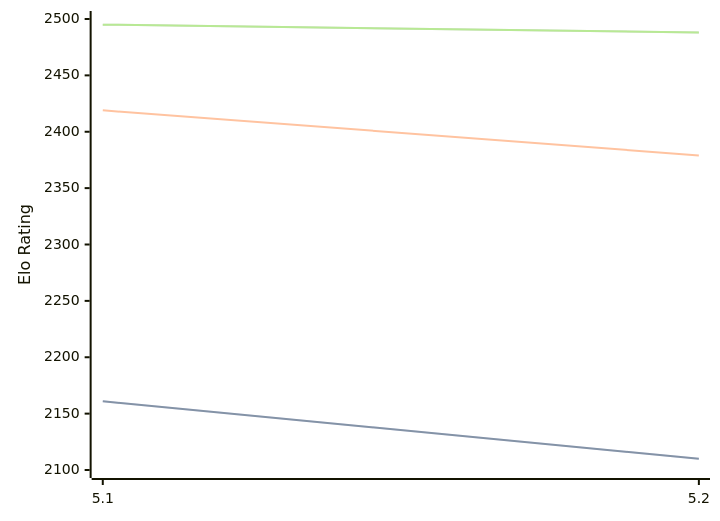
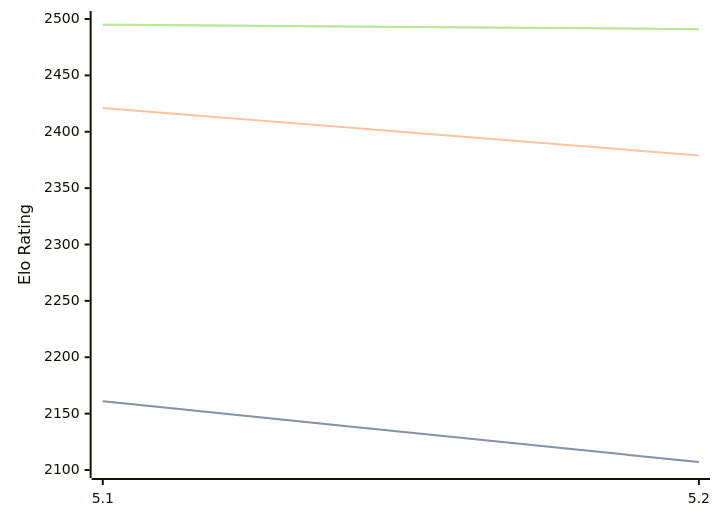
Before and after one commit to computer-chess-index/cci: the diagram in engines/Prophet.md, drawn with Mermaid. The commit also changed other lines of this file, not shown here.

Commit message:
Update CCI Ratings (ELO VLTC) - 2026-08-23

````diff
--- a/engines/Prophet.md
+++ b/engines/Prophet.md
@@ -32,11 +32,11 @@
 ```mermaid
 %%{init: {"theme":"base","themeVariables":{"seriesColors:['#a3a3a3','#222221','#faa371']}}}%%
 xychart-beta
   x-axis ["5.1", "5.2"]
   y-axis "Elo Rating" 2100 --> 2500
-  line "STC (8.0+0.08s)" [2161, 2110]
-  line "STC (8.0+0.08s)" [2161, 2110]
-  line "LTC (60.0+0.60s)" [2419, 2379]
-  line "VLTC (2m24s+1.12s)" [2495, 2488]
-  line "VLTC (2m24s+1.12s)" [2495, 2488]
+  line "STC (8.0+0.08s)" [2161, 2107]
+  line "STC (8.0+0.08s)" [2161, 2107]
+  line "LTC (60.0+0.60s)" [2421, 2379]
+  line "VLTC (2m24s+1.12s)" [2495, 2491]
+  line "VLTC (2m24s+1.12s)" [2495, 2491]
 ```
````
